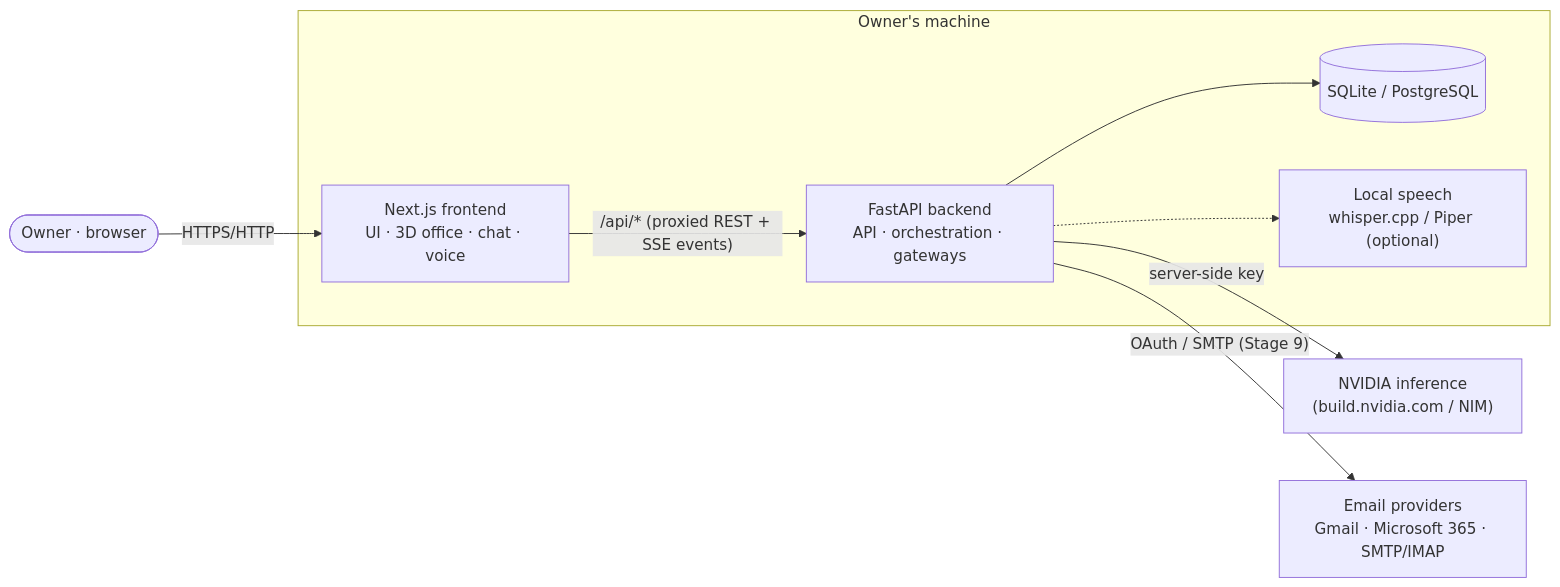
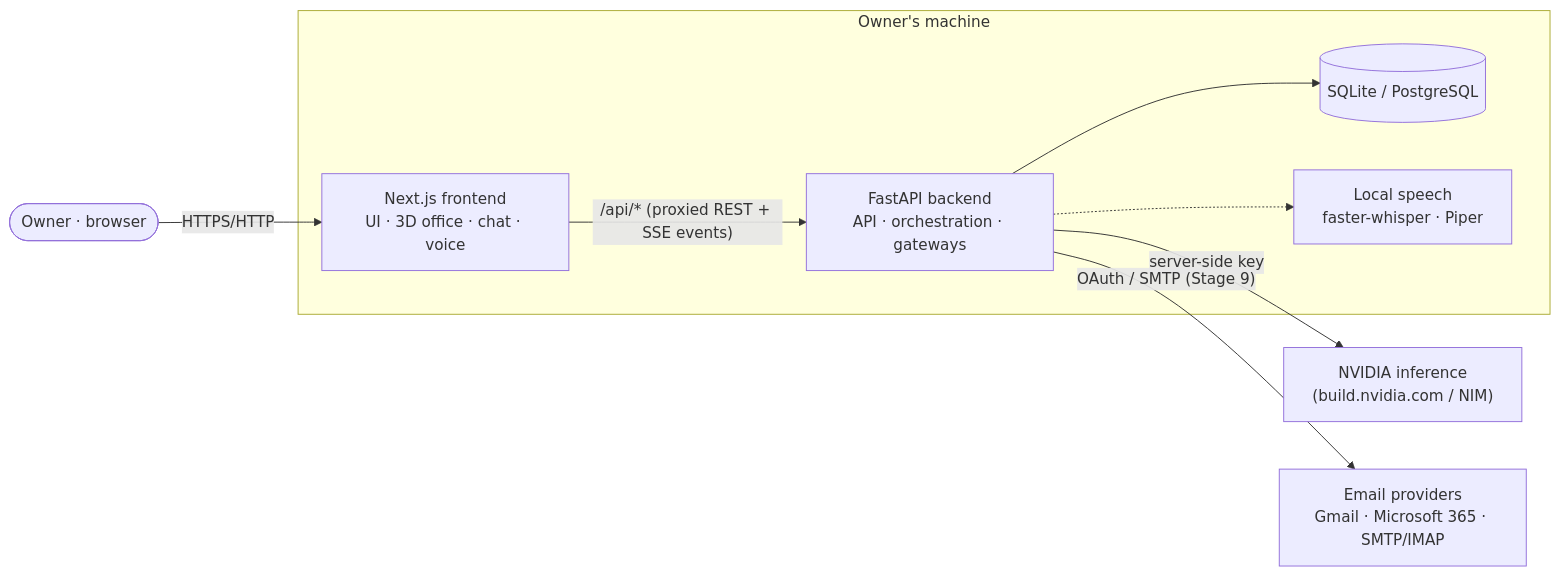
The first of 3 diagrams in docs/ARCHITECTURE.md (ahmad-el-abdallah/Nexus-Ai), drawn with Mermaid before and after one commit. The commit also changed other lines of this file and 49 other files, not shown here.

````diff
--- a/docs/ARCHITECTURE.md
+++ b/docs/ARCHITECTURE.md
@@ -32,19 +32,19 @@
 ```mermaid
 flowchart LR
   owner([Owner · browser])
   subgraph local["Owner's machine"]
     web["Next.js frontend<br/>UI · 3D office · chat · voice"]
     api["FastAPI backend<br/>API · orchestration · gateways"]
     db[("SQLite / PostgreSQL")]
-    stt["Local speech<br/>whisper.cpp / Piper (optional)"]
+    stt["Local speech<br/>faster-whisper · Piper"]
   end
   nim["NVIDIA inference<br/>(build.nvidia.com / NIM)"]
   mail["Email providers<br/>Gmail · Microsoft 365 · SMTP/IMAP"]
 
   owner -->|HTTPS/HTTP| web
   web -->|"/api/* (proxied REST + SSE events)"| api
   api --> db
   api -->|"server-side key"| nim
   api -->|"OAuth / SMTP (Stage 9)"| mail
   api -.-> stt
 ```
````
